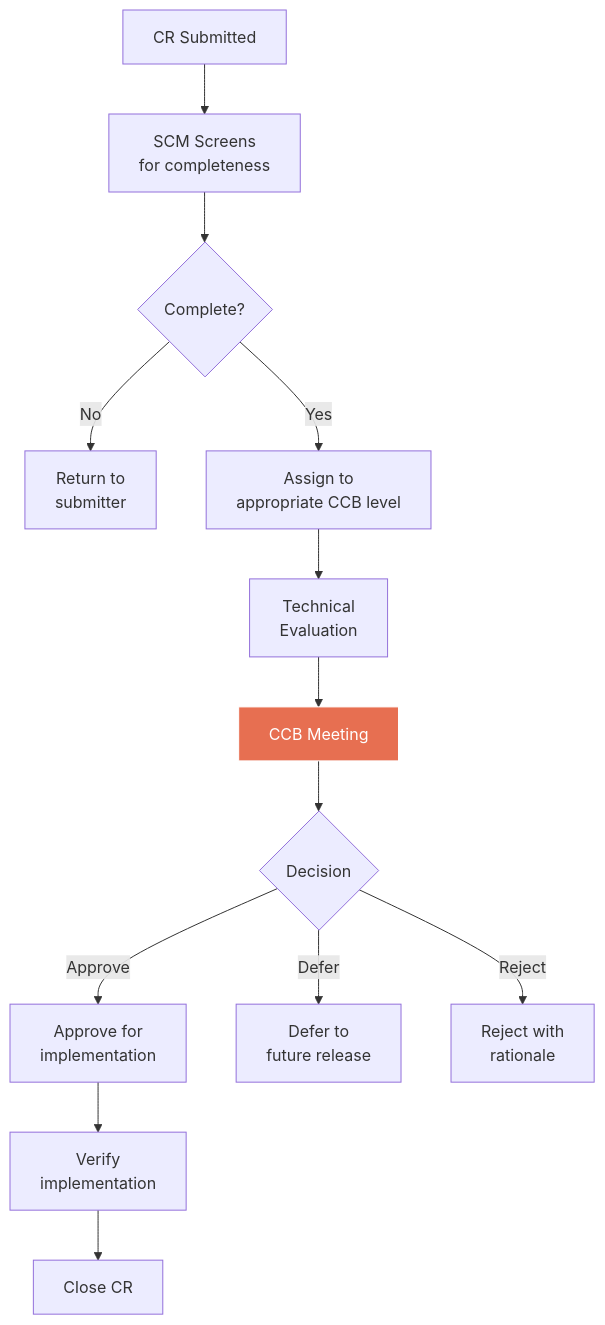
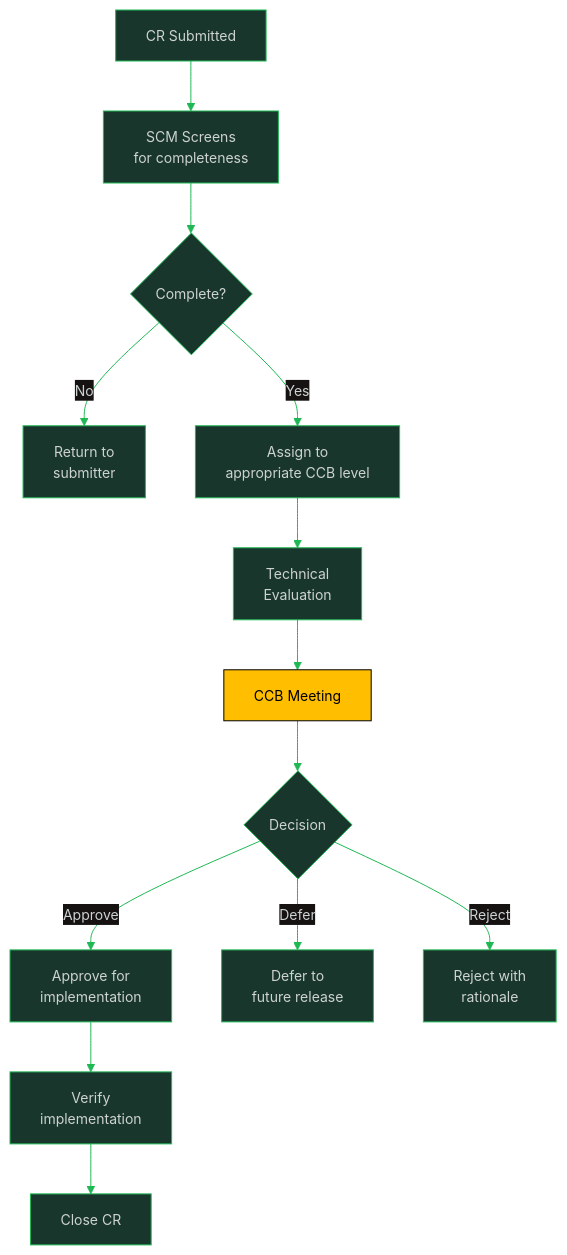
Before and after one commit to oat431/swe-knowledge: the second of 6 diagrams in software-engineering-note/08_Software_Configuration_Management/09_Change_Control_and_Compliance.md, drawn with Mermaid. The commit also changed other lines of this file and 13 other files, not shown here.

````diff
--- a/software-engineering-note/08_Software_Configuration_Management/09_Change_Control_and_Compliance.md
+++ b/software-engineering-note/08_Software_Configuration_Management/09_Change_Control_and_Compliance.md
@@ -65,17 +66,18 @@
 ```mermaid
+%%{init: {'theme':'base','themeVariables':{'primaryColor':'#19362D','primaryTextColor':'#CDD3D1','primaryBorderColor':'#1FB854','lineColor':'#1FB854','secondaryColor':'#161212','tertiaryColor':'#1B1717','background':'#1B1717','mainBkg':'#19362D','nodeBorder':'#1FB854','clusterBkg':'#161212','clusterBorder':'#19362D','titleColor':'#1FB854','edgeLabelBackground':'#161212','fontSize':'14px'}}}%%
 graph TB
     SUBMIT["CR Submitted"] --> SCREEN["SCM Screens<br/>for completeness"]
     SCREEN --> INCOMPLETE{Complete?}
     INCOMPLETE -->|No| RETURN["Return to<br/>submitter"]
     INCOMPLETE -->|Yes| ASSIGN["Assign to<br/>appropriate CCB level"]
     ASSIGN --> EVALUATE["Technical<br/>Evaluation"]
     EVALUATE --> CCB["CCB Meeting"]
     CCB --> DECISION{Decision}
     DECISION -->|Approve| IMPLEMENT["Approve for<br/>implementation"]
     DECISION -->|Defer| DEFER["Defer to<br/>future release"]
     DECISION -->|Reject| REJECT["Reject with<br/>rationale"]
     IMPLEMENT --> VERIFY["Verify<br/>implementation"]
     VERIFY --> CLOSE["Close CR"]
 
-    style CCB fill:#e76f51,stroke:#fff,color:#fff
+    style CCB fill:#FFBE00,stroke:#000000,color:#000000
 ```
````
